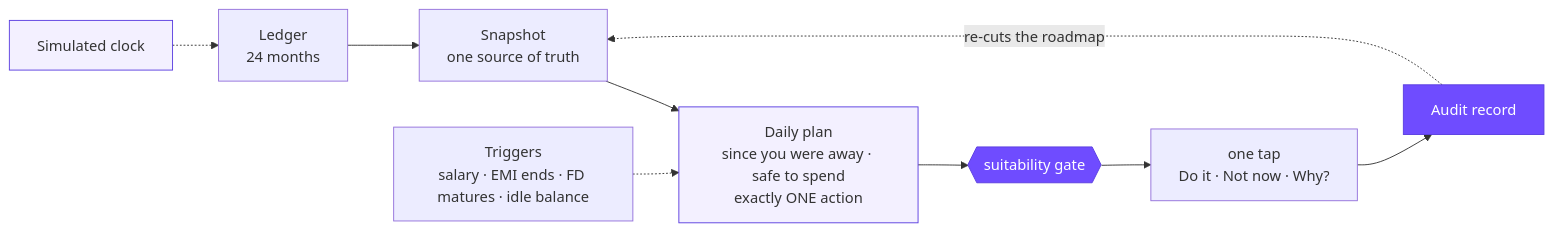
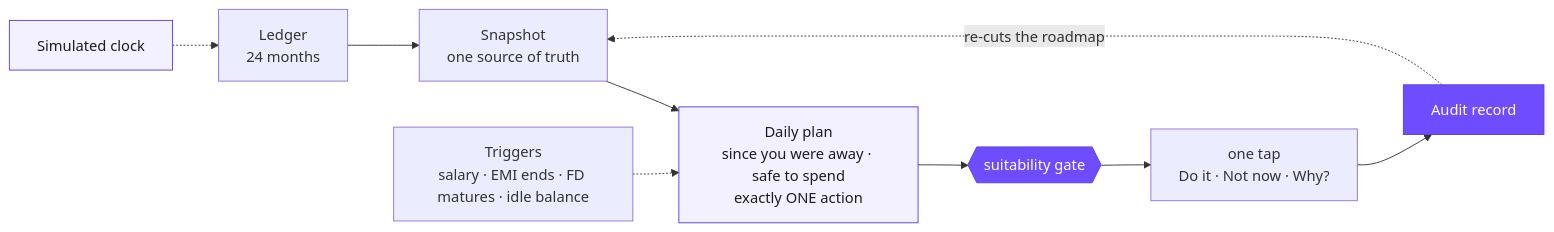
One commit to dhan-sarthi/dhan-sarthi changed the fourth of 4 diagrams in README.md. Above: the diagram before and after it, drawn with Mermaid. The commit also changed other lines of this file, not shown here.

First line of the commit message:
Make the README diagrams readable in GitHub's dark theme

````diff
--- a/README.md
+++ b/README.md
@@ -181,16 +182,16 @@
 ```mermaid
 flowchart LR
     L["Ledger<br/>24 months"] --> S["Snapshot<br/>one source of truth"]
     S --> D["Daily plan<br/>since you were away · safe to spend<br/>exactly ONE action"]
     D --> G{{"suitability gate"}}
     G --> C["one tap<br/>Do it · Not now · Why?"]
     C --> A["Audit record"]
     A -. re-cuts the roadmap .-> S
     T["Triggers<br/>salary · EMI ends · FD matures · idle balance"] -.-> D
     K["Simulated clock"] -.-> L
 
     style G fill:#6f4cff,color:#fff,stroke:#5a3de0
     style A fill:#6f4cff,color:#fff,stroke:#5a3de0
-    style K fill:#f3f0ff,stroke:#5a3de0
-    style D fill:#f3f0ff,stroke:#5a3de0
+    style K fill:#f3f0ff,stroke:#5a3de0,color:#1d1d1d
+    style D fill:#f3f0ff,stroke:#5a3de0,color:#1d1d1d
 ```
````
